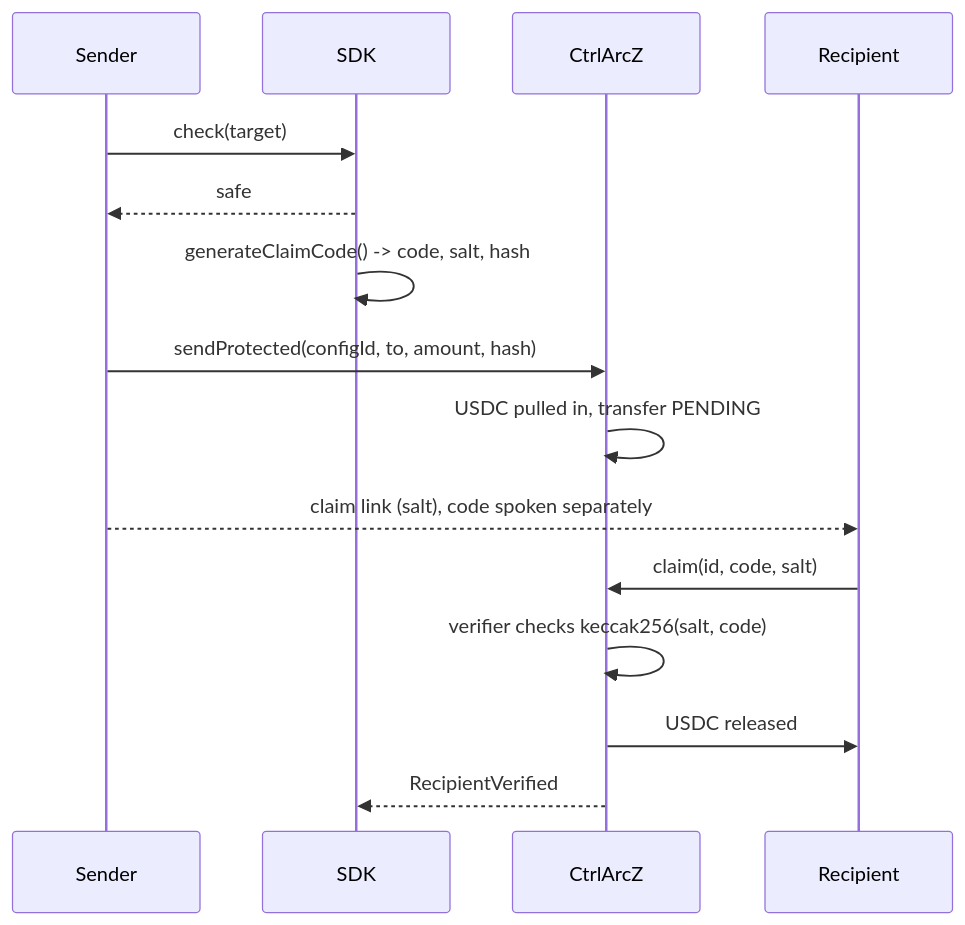
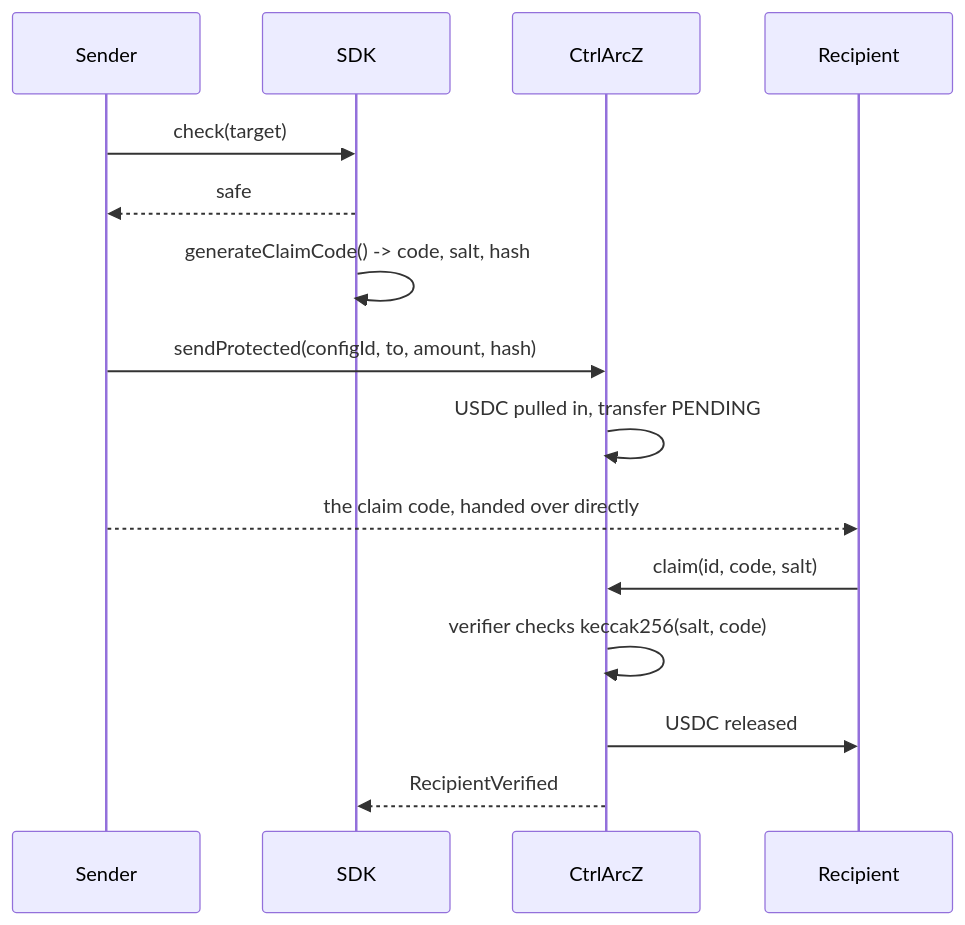
One commit to Farukest/Ctrl-ArcZ changed the third of 4 diagrams in README.md. Above: the diagram before and after it, drawn with Mermaid. The commit also changed other lines of this file and 17 other files, not shown here.

First line of the commit message:
feat: one 80-bit claim code, no link and no salt to carry

````diff
--- a/README.md
+++ b/README.md
@@ -169,18 +173,18 @@
 ```mermaid
 sequenceDiagram
     participant S as Sender
     participant SDK as SDK
     participant C as CtrlArcZ
     participant R as Recipient
 
     S->>SDK: check(target)
     SDK-->>S: safe
     SDK->>SDK: generateClaimCode() -> code, salt, hash
     S->>C: sendProtected(configId, to, amount, hash)
     C->>C: USDC pulled in, transfer PENDING
-    S-->>R: claim link (salt), code spoken separately
+    S-->>R: the claim code, handed over directly
     R->>C: claim(id, code, salt)
     C->>C: verifier checks keccak256(salt, code)
     C->>R: USDC released
     C-->>SDK: RecipientVerified
 ```
````
